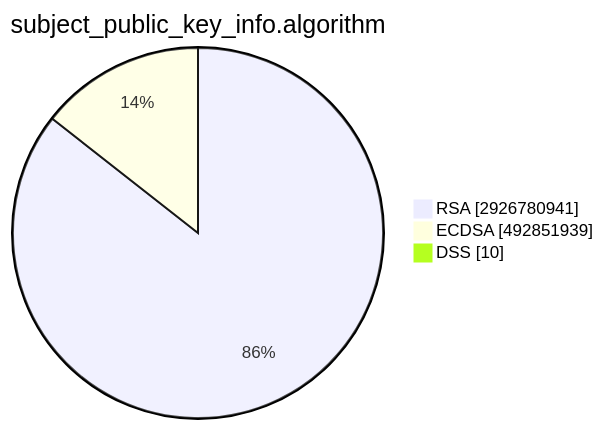
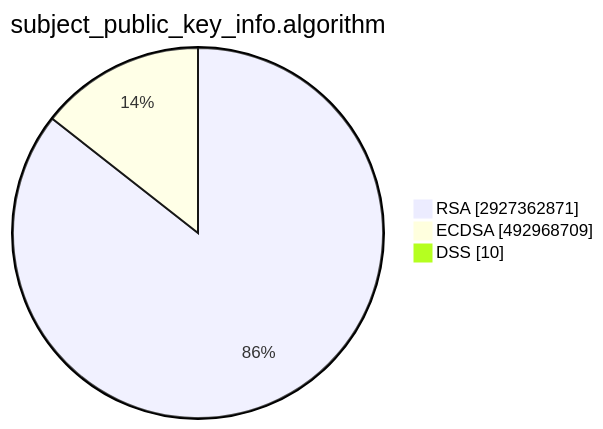
Before and after one commit to christiankrug/ctmonitor_visualization: the second of 15 diagrams in TOTAL/README.md, drawn with Mermaid. The commit also changed other lines of this file, not shown here.

````diff
--- a/TOTAL/README.md
+++ b/TOTAL/README.md
@@ -6,7 +6,7 @@
 ```mermaid
 pie showData
 title subject_public_key_info.algorithm
-"RSA" :2926780941
-"ECDSA" :492851939
+"RSA" :2927362871
+"ECDSA" :492968709
 "DSS" :10
 ```
````
